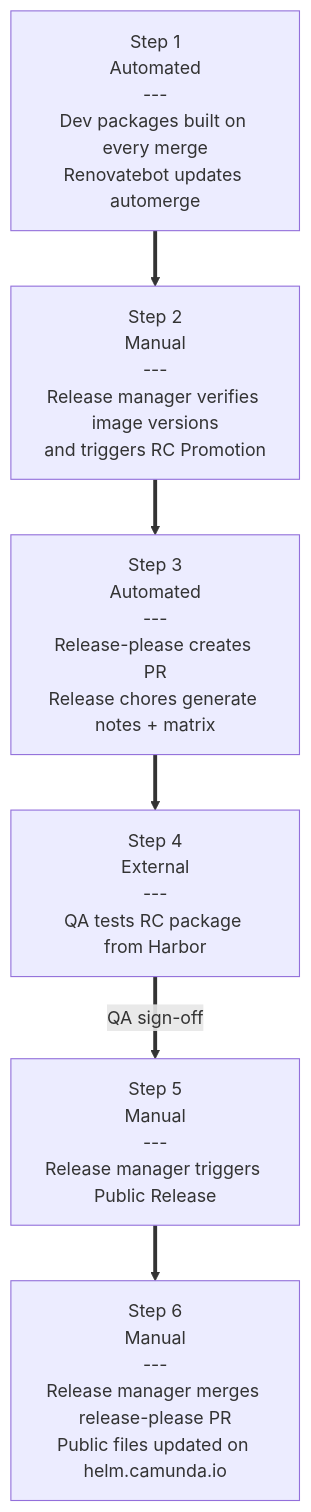
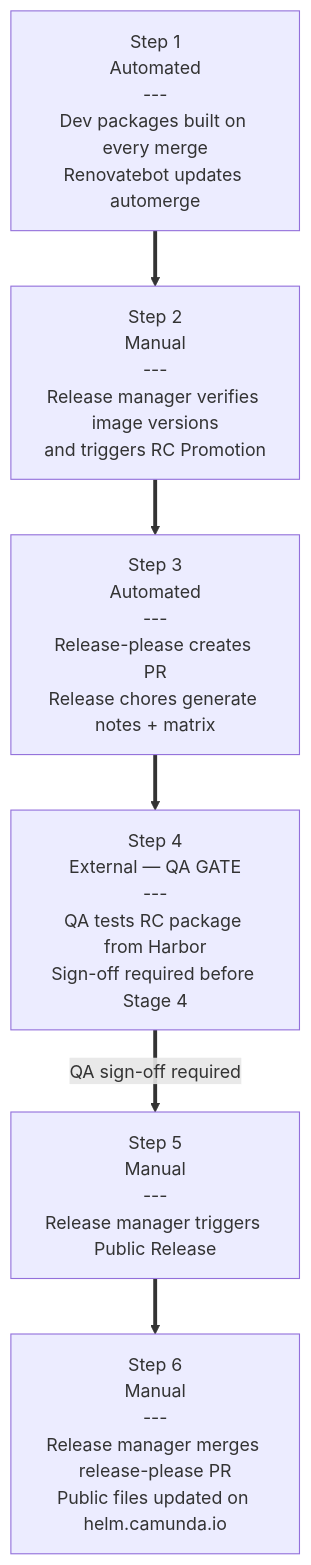
Before and after one commit to camunda/camunda-platform-helm: the diagram in docs/reference/release-process.md, drawn with Mermaid. The commit also changed other lines of this file, not shown here.

Commit message:
chore: clarify QA gate position and add notification template in release process

````diff
--- a/docs/reference/release-process.md
+++ b/docs/reference/release-process.md
@@ -177,15 +191,15 @@
 ```mermaid
 graph TD
     Step1[Step 1<br/>Automated<br/>---<br/>Dev packages built on every merge<br/>Renovatebot updates automerge]
     Step2[Step 2<br/>Manual<br/>---<br/>Release manager verifies image versions<br/>and triggers RC Promotion]
     Step3[Step 3<br/>Automated<br/>---<br/>Release-please creates PR<br/>Release chores generate notes + matrix]
-    Step4[Step 4<br/>External<br/>---<br/>QA tests RC package from Harbor]
+    Step4[Step 4<br/>External — QA GATE<br/>---<br/>QA tests RC package from Harbor<br/>Sign-off required before Stage 4]
     Step5[Step 5<br/>Manual<br/>---<br/>Release manager triggers Public Release]
     Step6[Step 6<br/>Manual<br/>---<br/>Release manager merges release-please PR<br/>Public files updated on helm.camunda.io]
 
     Step1 ==> Step2
     Step2 ==> Step3
     Step3 ==> Step4
-    Step4 == QA sign-off ==> Step5
+    Step4 == QA sign-off required ==> Step5
     Step5 ==> Step6
 ```
````
